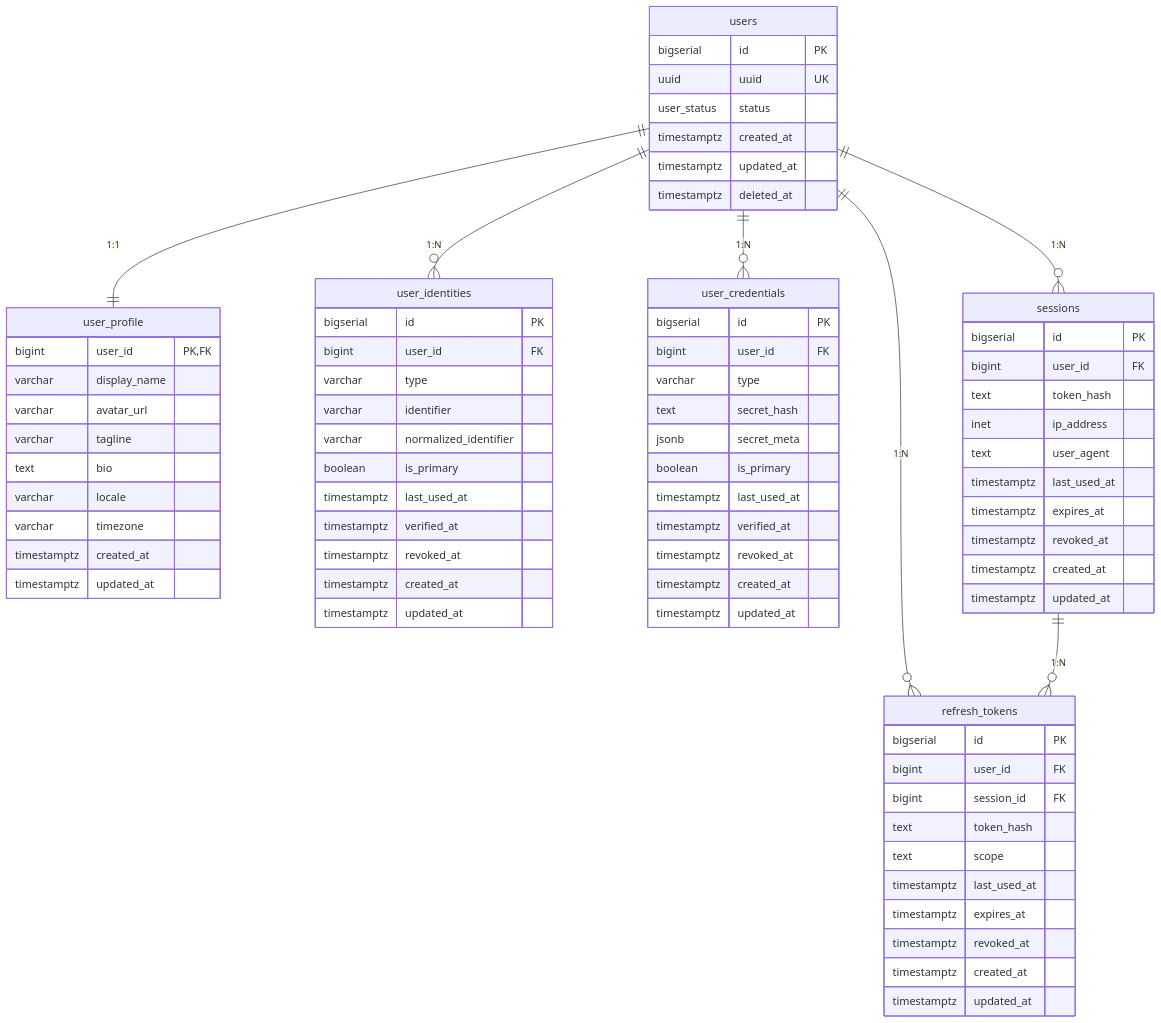
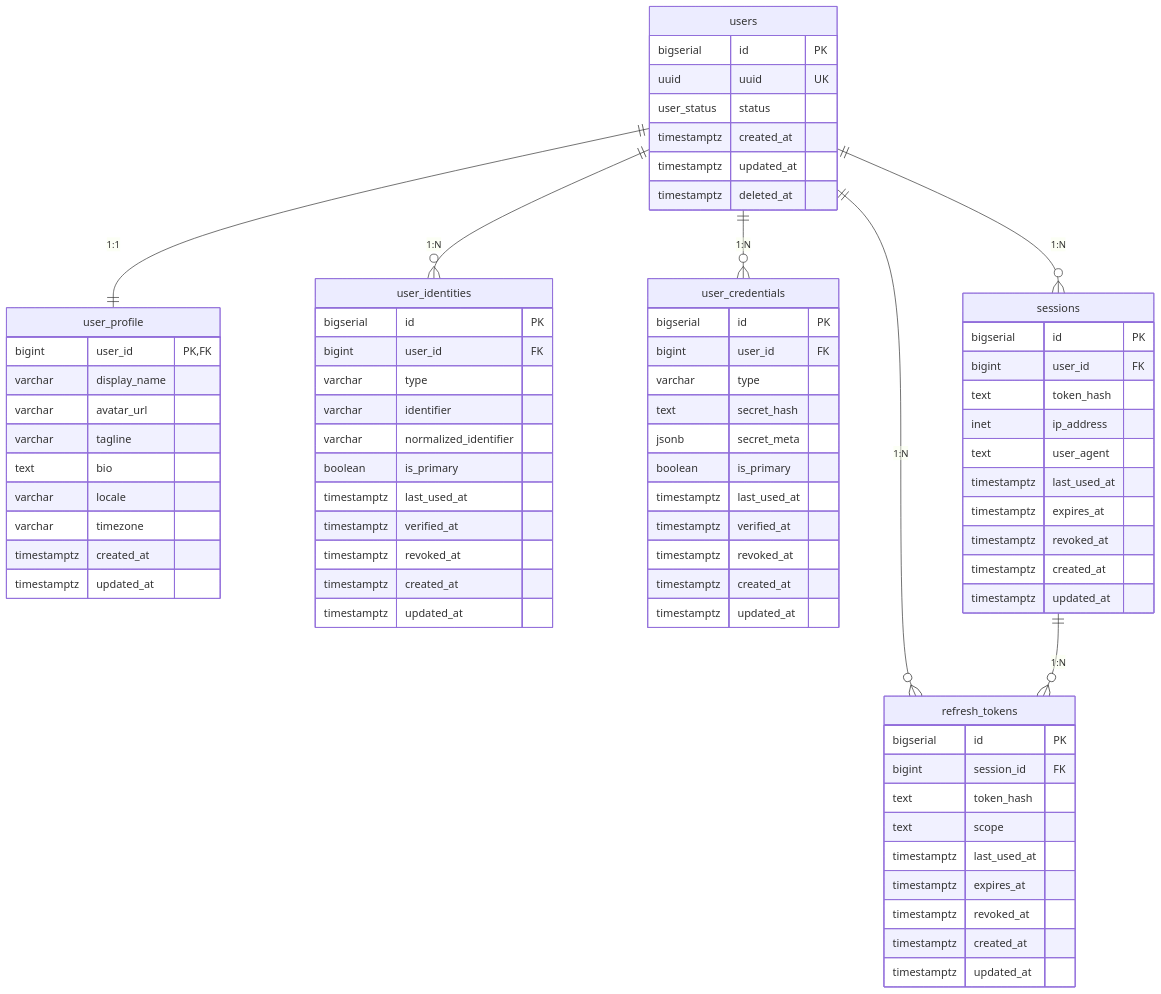
Before and after one commit to scolor-dev/jyogi-OAuth: the diagram in docs/DB/db_design.md, drawn with Mermaid. The commit also changed 1 other file, not shown here.

Commit message:
refactor(db): refresh_tokens から useridの関係削除

```diff
--- a/docs/DB/db_design.md
+++ b/docs/DB/db_design.md
@@ -64,7 +64,6 @@
 
     refresh_tokens {
         bigserial id PK
-        bigint user_id FK
         bigint session_id FK
         text token_hash
         text scope
```
